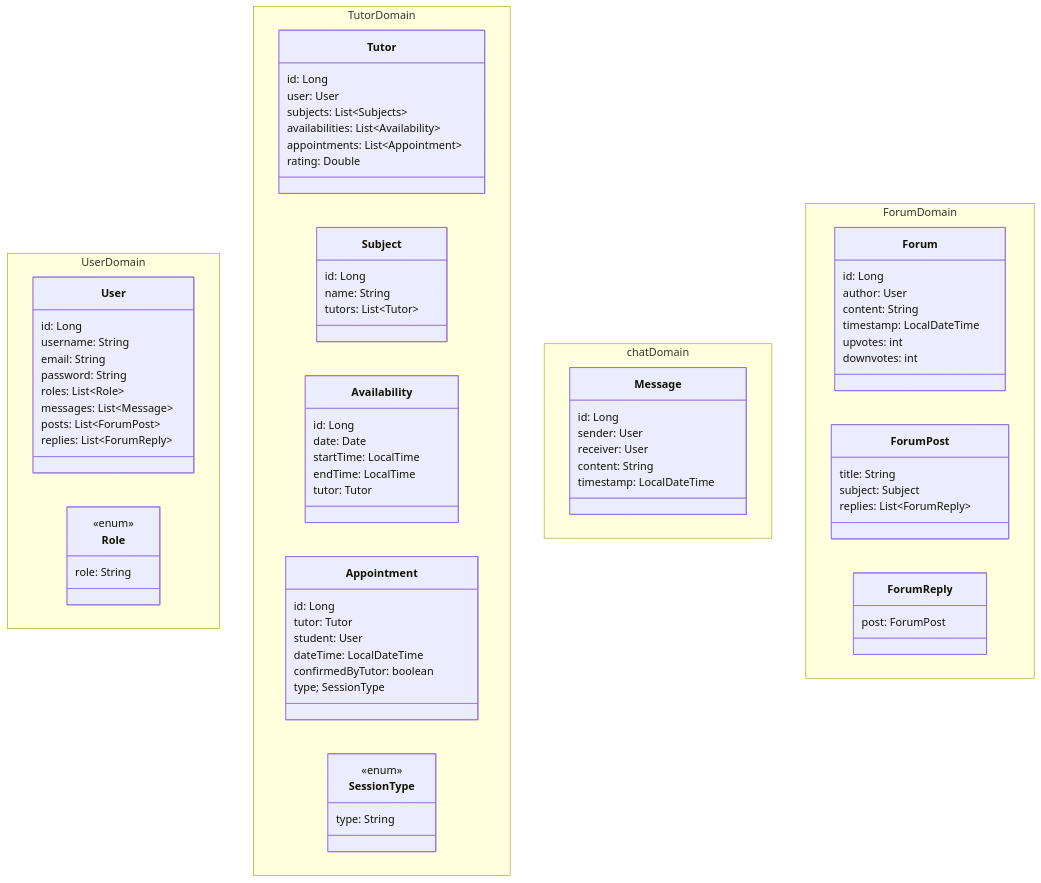
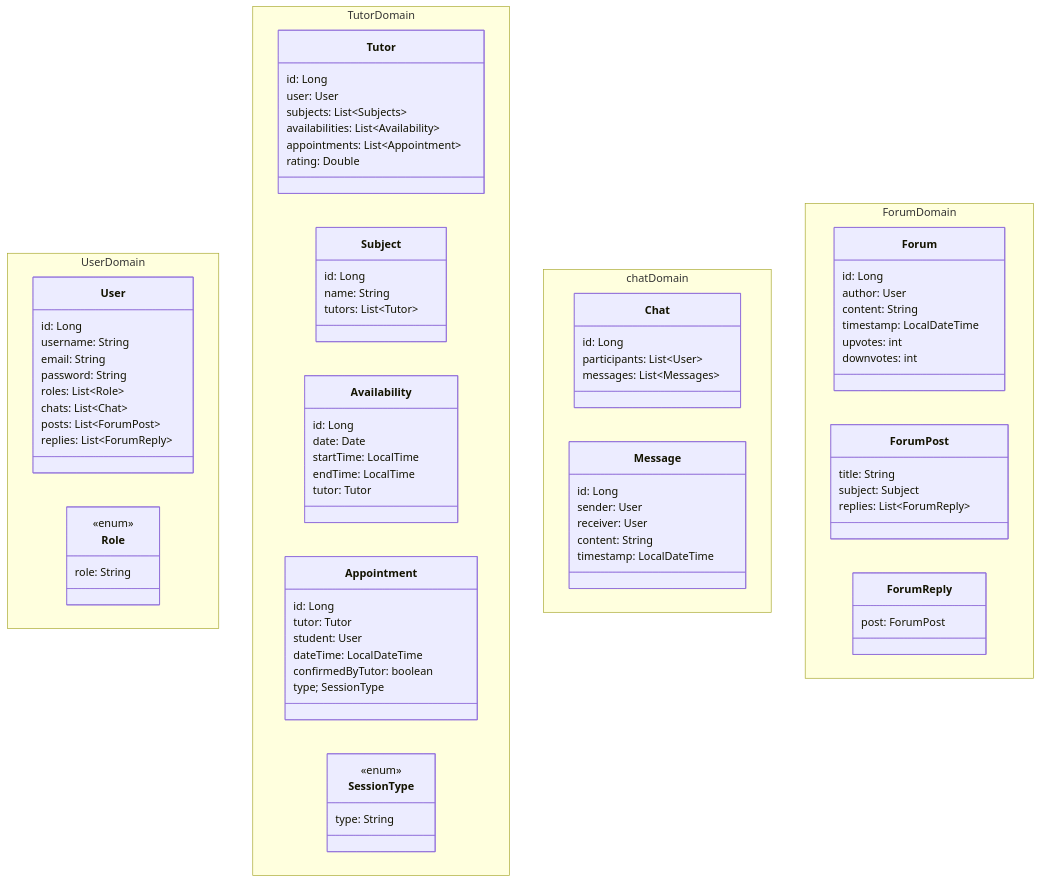
Before and after one commit to sioterino/anemonas: the diagram in docs/diagramas/diagrama-classes/models.md, drawn with Mermaid. The commit also changed 3 other files, not shown here.

Commit message:
diagrama de classes / chat domain

```diff
--- a/docs/diagramas/diagrama-classes/models.md
+++ b/docs/diagramas/diagrama-classes/models.md
@@ -12,7 +12,7 @@
             password: String
             roles: List~Role~
 
-            messages: List~Message~
+            chats: List~Chat~
             posts: List~ForumPost~
             replies: List~ForumReply~
         }
@@ -63,6 +63,12 @@
     }
 
     namespace chatDomain {
+        class Chat {
+            id: Long
+            participants: List~User~
+            messages: List~Messages~
+        }
+
         class Message {
             id: Long
             sender: User
```
